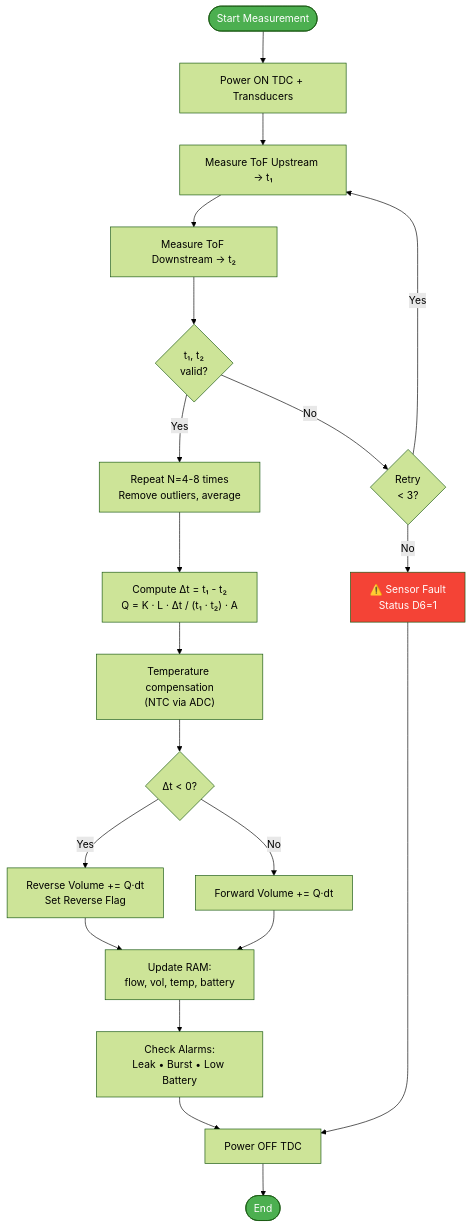
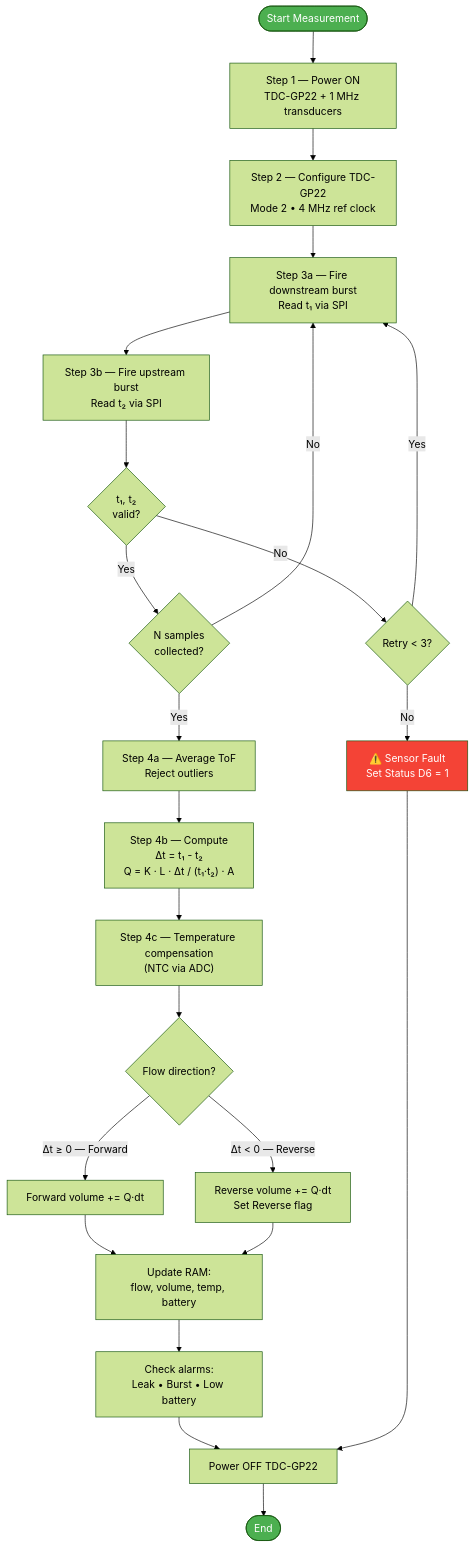
One commit to tuantran0707/WM changed the fourth of 8 diagrams in documentation/DUT/Firmware_Flowchart_BlockDiagram.md. Above: the diagram before and after it, drawn with Mermaid (forest theme). The commit also changed other lines of this file, not shown here.

Commit message:
fix main firmware flowchart and TOF flowchart

````diff
--- a/documentation/DUT/Firmware_Flowchart_BlockDiagram.md
+++ b/documentation/DUT/Firmware_Flowchart_BlockDiagram.md
@@ -147,27 +201,31 @@
 ```mermaid
 flowchart TD
-    A([Start Measurement]) --> B["Power ON TDC + Transducers"]
-    B --> C["Measure ToF Upstream → t₁"]
-    C --> D["Measure ToF Downstream → t₂"]
-    D --> E{t₁, t₂<br/>valid?}
-    E -- No --> F{Retry<br/>< 3?}
-    F -- Yes --> C
-    F -- No --> FAIL["⚠️ Sensor Fault<br/>Status D6=1"]
+    A([Start Measurement]) --> S1["Step 1 — Power ON<br/>TDC-GP22 + 1 MHz transducers"]
+    S1 --> S2["Step 2 — Configure TDC-GP22<br/>Mode 2 • 4 MHz ref clock"]
 
-    E -- Yes --> G["Repeat N=4-8 times<br/>Remove outliers, average"]
-    G --> H["Compute Δt = t₁ - t₂<br/>Q = K · L · Δt / (t₁ · t₂) · A"]
-    H --> I["Temperature compensation<br/>(NTC via ADC)"]
-    I --> J{Δt < 0?}
-    J -- Yes --> K["Reverse Volume += Q·dt<br/>Set Reverse Flag"]
-    J -- No --> L["Forward Volume += Q·dt"]
-    K --> M["Update RAM:<br/>flow, vol, temp, battery"]
-    L --> M
-    M --> N["Check Alarms:<br/>Leak • Burst • Low Battery"]
-    N --> O["Power OFF TDC"]
-    FAIL --> O
-    O --> END([End])
+    S2 --> S3A["Step 3a — Fire downstream burst<br/>Read t₁ via SPI"]
+    S3A --> S3B["Step 3b — Fire upstream burst<br/>Read t₂ via SPI"]
+    S3B --> V{t₁, t₂<br/>valid?}
+    V -- No --> R{Retry < 3?}
+    R -- Yes --> S3A
+    R -- No --> FAIL["⚠️ Sensor Fault<br/>Set Status D6 = 1"]
+
+    V -- Yes --> NS{N samples<br/>collected?}
+    NS -- No --> S3A
+    NS -- Yes --> S4A["Step 4a — Average ToF<br/>Reject outliers"]
+    S4A --> S4B["Step 4b — Compute<br/>Δt = t₁ - t₂<br/>Q = K · L · Δt / (t₁·t₂) · A"]
+    S4B --> S4C["Step 4c — Temperature compensation<br/>(NTC via ADC)"]
+    S4C --> DIR{Flow direction?}
+    DIR -- "Δt ≥ 0 — Forward" --> FWD["Forward volume += Q·dt"]
+    DIR -- "Δt < 0 — Reverse" --> REV["Reverse volume += Q·dt<br/>Set Reverse flag"]
+    FWD --> UPD
+    REV --> UPD["Update RAM:<br/>flow, volume, temp, battery"]
+    UPD --> ALM["Check alarms:<br/>Leak • Burst • Low battery"]
+    ALM --> OFF["Power OFF TDC-GP22"]
+    FAIL --> OFF
+    OFF --> END([End])
 
     style A fill:#4CAF50,color:#fff
     style END fill:#4CAF50,color:#fff
     style FAIL fill:#f44336,color:#fff
 ```
````
